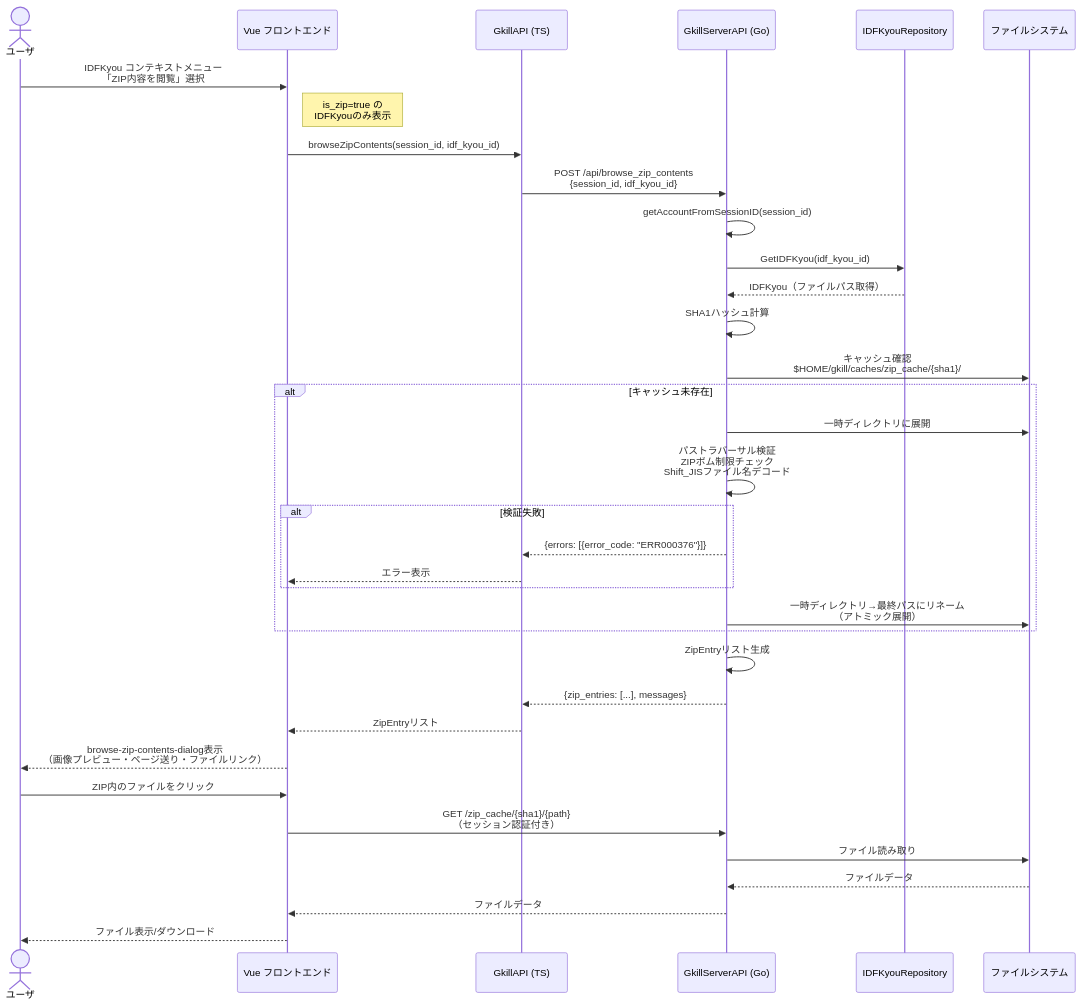
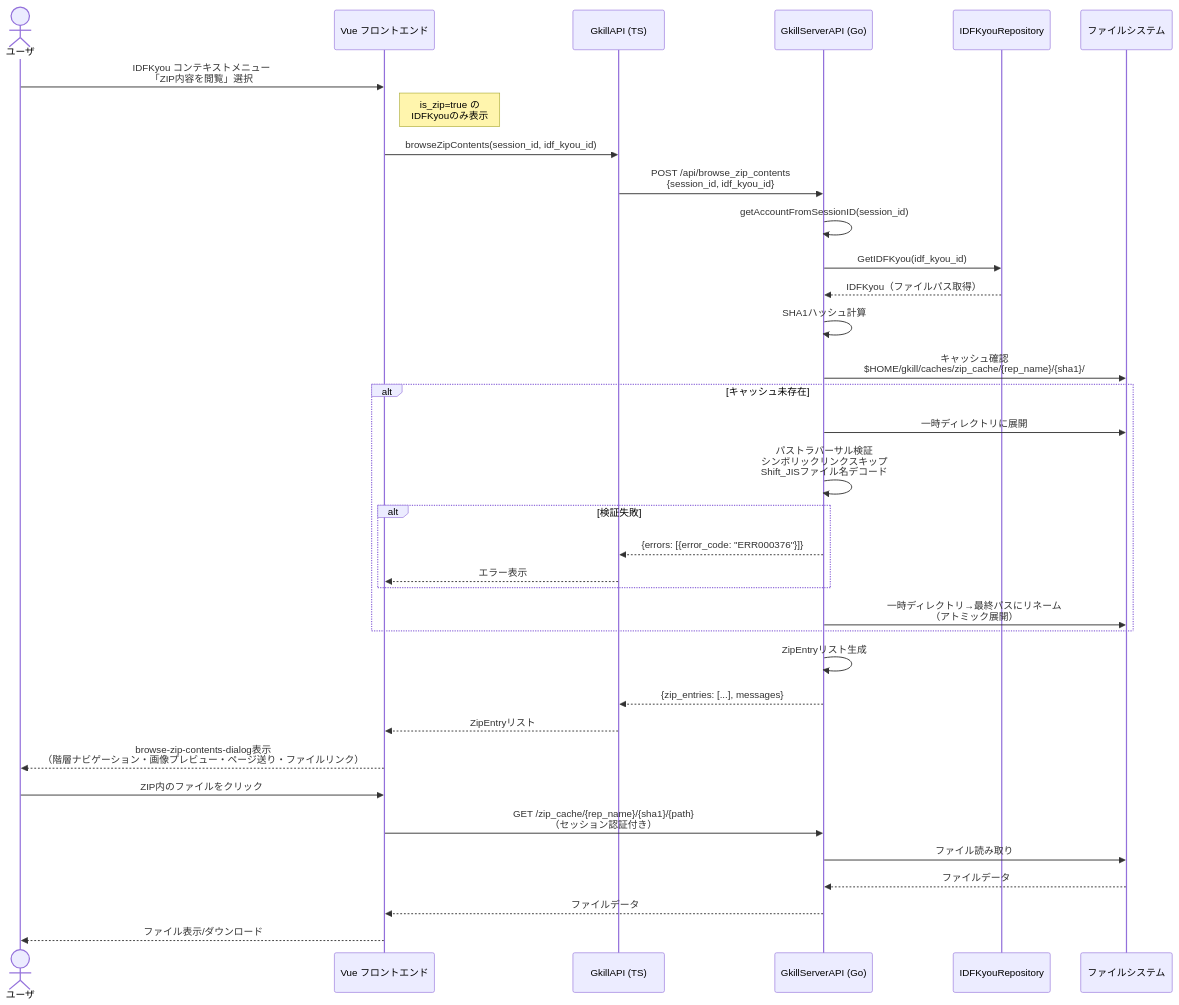
Before and after one commit to mt3hr/gkill: diagram 17 of 23 in documents/reverse/sequence-diagrams.md, drawn with Mermaid. The commit also changed other lines of this file and 35 other files, not shown here.

````diff
--- a/documents/reverse/sequence-diagrams.md
+++ b/documents/reverse/sequence-diagrams.md
@@ -475,41 +475,41 @@
 ```mermaid
 sequenceDiagram
     actor User as ユーザ
     participant UI as Vue フロントエンド
     participant GkillAPI as GkillAPI (TS)
     participant API as GkillServerAPI (Go)
     participant IDFRep as IDFKyouRepository
     participant FS as ファイルシステム
 
     User->>UI: IDFKyou コンテキストメニュー<br>「ZIP内容を閲覧」選択
     Note right of UI: is_zip=true の<br>IDFKyouのみ表示
     UI->>GkillAPI: browseZipContents(session_id, idf_kyou_id)
     GkillAPI->>API: POST /api/browse_zip_contents<br>{session_id, idf_kyou_id}
     API->>API: getAccountFromSessionID(session_id)
     API->>IDFRep: GetIDFKyou(idf_kyou_id)
     IDFRep-->>API: IDFKyou（ファイルパス取得）
     API->>API: SHA1ハッシュ計算
-    API->>FS: キャッシュ確認<br>$HOME/gkill/caches/zip_cache/{sha1}/
+    API->>FS: キャッシュ確認<br>$HOME/gkill/caches/zip_cache/{rep_name}/{sha1}/
 
     alt キャッシュ未存在
         API->>FS: 一時ディレクトリに展開
-        API->>API: パストラバーサル検証<br>ZIPボム制限チェック<br>Shift_JISファイル名デコード
+        API->>API: パストラバーサル検証<br>シンボリックリンクスキップ<br>Shift_JISファイル名デコード
         alt 検証失敗
             API-->>GkillAPI: {errors: [{error_code: "ERR000376"}]}
             GkillAPI-->>UI: エラー表示
         end
         API->>FS: 一時ディレクトリ→最終パスにリネーム<br>（アトミック展開）
     end
 
     API->>API: ZipEntryリスト生成
     API-->>GkillAPI: {zip_entries: [...], messages}
     GkillAPI-->>UI: ZipEntryリスト
-    UI-->>User: browse-zip-contents-dialog表示<br>（画像プレビュー・ページ送り・ファイルリンク）
+    UI-->>User: browse-zip-contents-dialog表示<br>（階層ナビゲーション・画像プレビュー・ページ送り・ファイルリンク）
 
     User->>UI: ZIP内のファイルをクリック
-    UI->>API: GET /zip_cache/{sha1}/{path}<br>（セッション認証付き）
+    UI->>API: GET /zip_cache/{rep_name}/{sha1}/{path}<br>（セッション認証付き）
     API->>FS: ファイル読み取り
     FS-->>API: ファイルデータ
     API-->>UI: ファイルデータ
     UI-->>User: ファイル表示/ダウンロード
 ```
````
